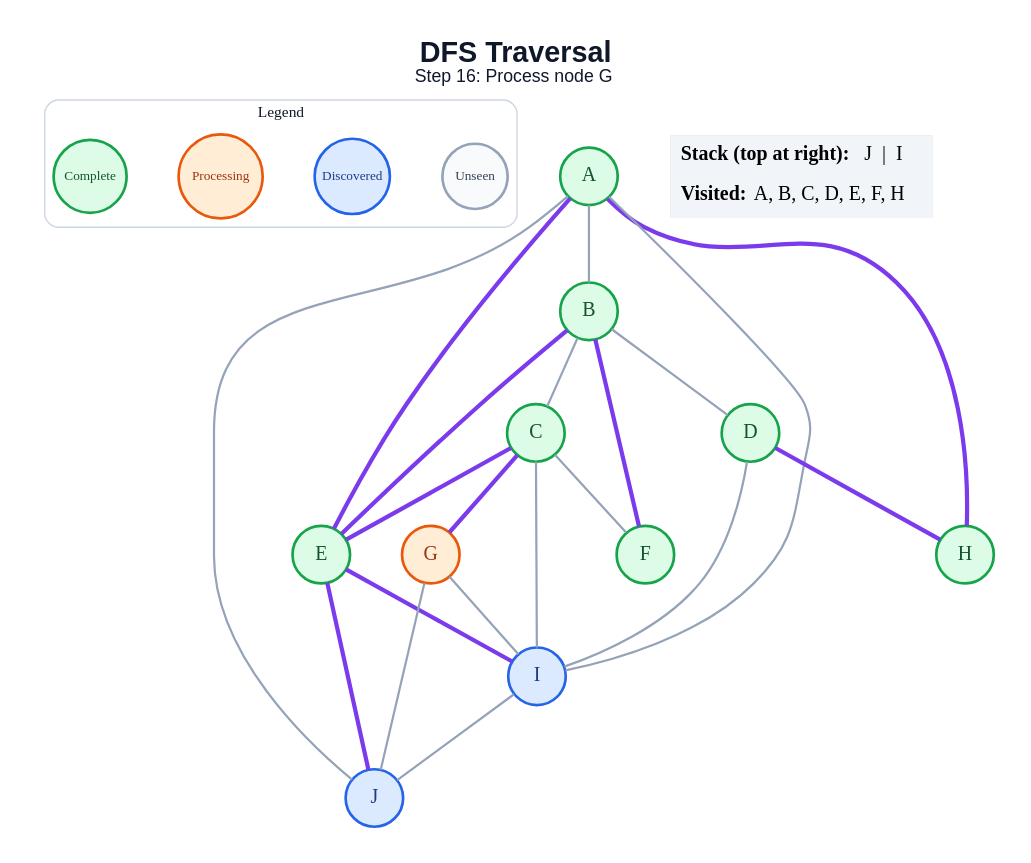
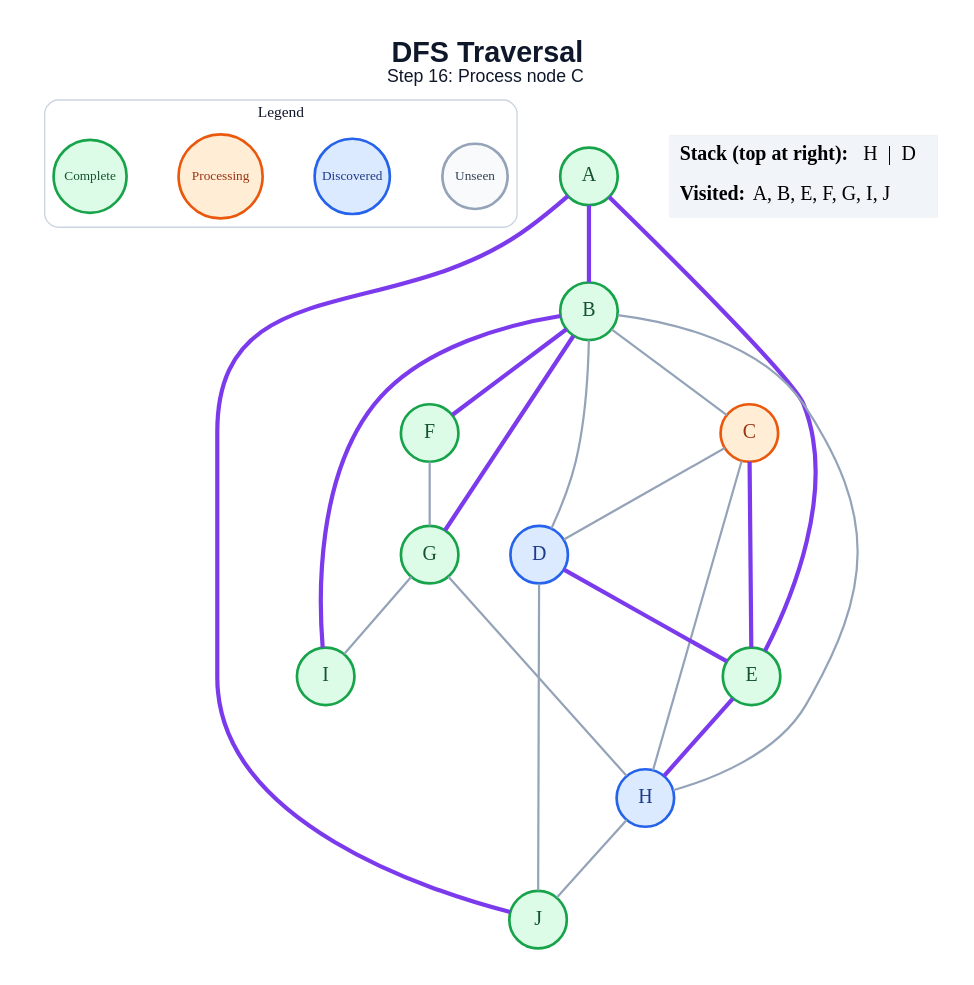
The diagram in generated/specific-node/dfs/step_16.dot (anon7238593-create/ai-slop), drawn with Graphviz before and after one commit. The commit also changed 178 other files, not shown here.

```diff
--- a/generated/specific-node/dfs/step_16.dot
+++ b/generated/specific-node/dfs/step_16.dot
@@ -1,49 +1,48 @@
 graph traversal {
   graph [layout=dot, rankdir=TB, bgcolor="#FFFFFF", pad="0.35", nodesep="0.65", ranksep="0.8", fontname="Arial"];
   node [shape=circle, style="filled", fontname="Arial Bold", fontsize=18, width=0.72, fixedsize=true, penwidth=2.4];
   edge [color="#94A3B8", penwidth=2.0];
-  label=<<B>DFS Traversal</B><BR/><FONT POINT-SIZE="16">Step 16: Process node G</FONT>>; labelloc="t"; fontsize=26; fontname="Arial"; fontcolor="#0F172A";
+  label=<<B>DFS Traversal</B><BR/><FONT POINT-SIZE="16">Step 16: Process node C</FONT>>; labelloc="t"; fontsize=26; fontname="Arial"; fontcolor="#0F172A";
   subgraph cluster_legend { label="Legend"; color="#CBD5E1"; penwidth=1.2; style="rounded"; fontsize=14; fontname="Arial Bold";
     key_unseen [label="Unseen", fillcolor="#F8FAFC", color="#94A3B8", fontcolor="#334155", fontsize=12, width=0.82];
     key_frontier [label="Discovered", fillcolor="#DBEAFE", color="#2563EB", fontcolor="#1E3A8A", fontsize=12, width=0.95];
     key_current [label="Processing", fillcolor="#FFEDD5", color="#EA580C", fontcolor="#9A3412", fontsize=12, width=1.05];
     key_done [label="Complete", fillcolor="#DCFCE7", color="#16A34A", fontcolor="#14532D", fontsize=12, width=0.92];
     { rank=same; key_unseen; key_frontier; key_current; key_done; }
   }
   A [fillcolor="#DCFCE7", color="#16A34A", fontcolor="#14532D"];
   B [fillcolor="#DCFCE7", color="#16A34A", fontcolor="#14532D"];
-  C [fillcolor="#DCFCE7", color="#16A34A", fontcolor="#14532D"];
-  D [fillcolor="#DCFCE7", color="#16A34A", fontcolor="#14532D"];
+  C [fillcolor="#FFEDD5", color="#EA580C", fontcolor="#9A3412"];
+  D [fillcolor="#DBEAFE", color="#2563EB", fontcolor="#1E3A8A"];
   E [fillcolor="#DCFCE7", color="#16A34A", fontcolor="#14532D"];
   F [fillcolor="#DCFCE7", color="#16A34A", fontcolor="#14532D"];
-  G [fillcolor="#FFEDD5", color="#EA580C", fontcolor="#9A3412"];
-  H [fillcolor="#DCFCE7", color="#16A34A", fontcolor="#14532D"];
-  I [fillcolor="#DBEAFE", color="#2563EB", fontcolor="#1E3A8A"];
-  J [fillcolor="#DBEAFE", color="#2563EB", fontcolor="#1E3A8A"];
-  A -- B;
+  G [fillcolor="#DCFCE7", color="#16A34A", fontcolor="#14532D"];
+  H [fillcolor="#DBEAFE", color="#2563EB", fontcolor="#1E3A8A"];
+  I [fillcolor="#DCFCE7", color="#16A34A", fontcolor="#14532D"];
+  J [fillcolor="#DCFCE7", color="#16A34A", fontcolor="#14532D"];
+  A -- B [color="#7C3AED", penwidth=3.8];
   A -- E [color="#7C3AED", penwidth=3.8];
-  A -- H [color="#7C3AED", penwidth=3.8];
-  A -- I;
-  A -- J;
+  A -- J [color="#7C3AED", penwidth=3.8];
   B -- C;
   B -- D;
-  B -- E [color="#7C3AED", penwidth=3.8];
   B -- F [color="#7C3AED", penwidth=3.8];
+  B -- G [color="#7C3AED", penwidth=3.8];
+  B -- H;
+  B -- I [color="#7C3AED", penwidth=3.8];
+  C -- D;
   C -- E [color="#7C3AED", penwidth=3.8];
-  C -- F;
-  C -- G [color="#7C3AED", penwidth=3.8];
-  C -- I;
-  D -- H [color="#7C3AED", penwidth=3.8];
-  D -- I;
-  E -- I [color="#7C3AED", penwidth=3.8];
-  E -- J [color="#7C3AED", penwidth=3.8];
+  C -- H;
+  D -- E [color="#7C3AED", penwidth=3.8];
+  D -- J;
+  E -- H [color="#7C3AED", penwidth=3.8];
+  F -- G;
+  G -- H;
   G -- I;
-  G -- J;
-  I -- J;
+  H -- J;
   status [shape=plain, fixedsize=false, width=0, height=0, margin=0, label=<
     <TABLE BORDER="0" CELLBORDER="0" CELLPADDING="7" BGCOLOR="#F1F5F9">
-      <TR><TD ALIGN="LEFT"><B>Stack (top at right):</B> J  |  I</TD></TR>
-      <TR><TD ALIGN="LEFT"><B>Visited:</B> A, B, C, D, E, F, H</TD></TR>
+      <TR><TD ALIGN="LEFT"><B>Stack (top at right):</B> H  |  D</TD></TR>
+      <TR><TD ALIGN="LEFT"><B>Visited:</B> A, B, E, F, G, I, J</TD></TR>
     </TABLE>
   >];
 }
```
